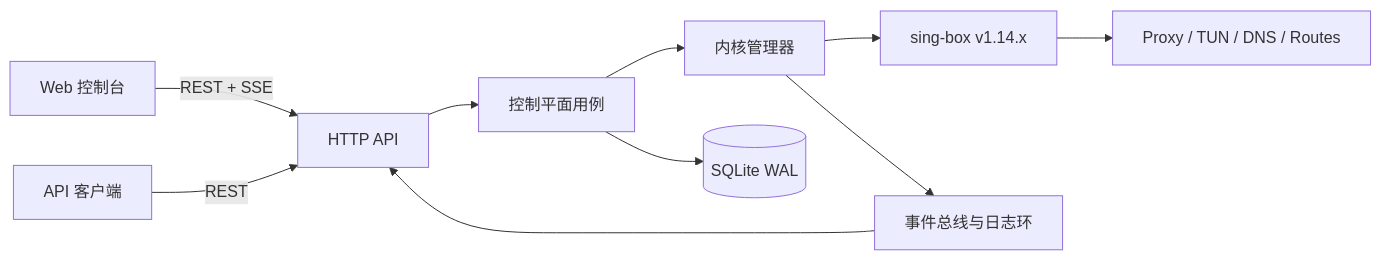
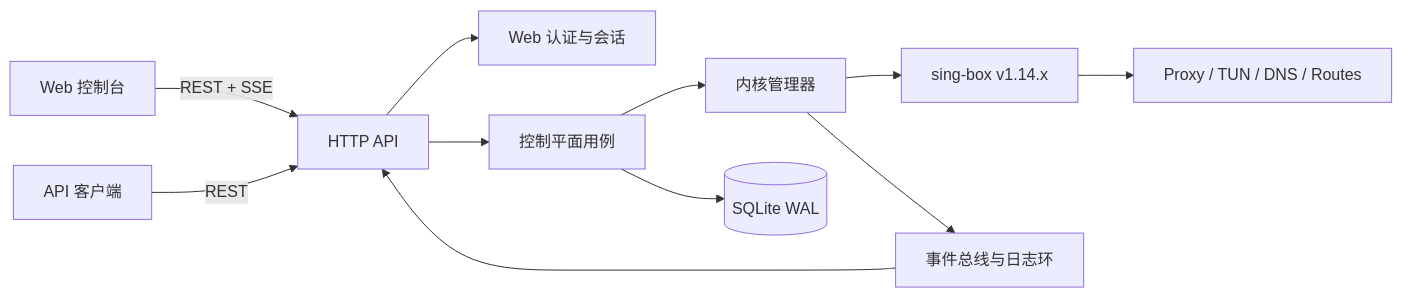
One commit to xuthus5/boxd changed the diagram in README.md. Above: the diagram before and after it, drawn with Mermaid. The commit also changed other lines of this file and 40 other files, not shown here.

````diff
--- a/README.md
+++ b/README.md
@@ -104,12 +104,13 @@
 ```mermaid
 flowchart LR
     Browser[Web 控制台] -->|REST + SSE| HTTP[HTTP API]
     Client[API 客户端] -->|REST| HTTP
+    HTTP --> WebAuth[Web 认证与会话]
     HTTP --> Control[控制平面用例]
     Control --> Manager[内核管理器]
     Control --> SQLite[(SQLite WAL)]
     Manager --> Engine[sing-box v1.14.x]
     Engine --> Network[Proxy / TUN / DNS / Routes]
     Manager --> Events[事件总线与日志环]
     Events --> HTTP
 ```
````
